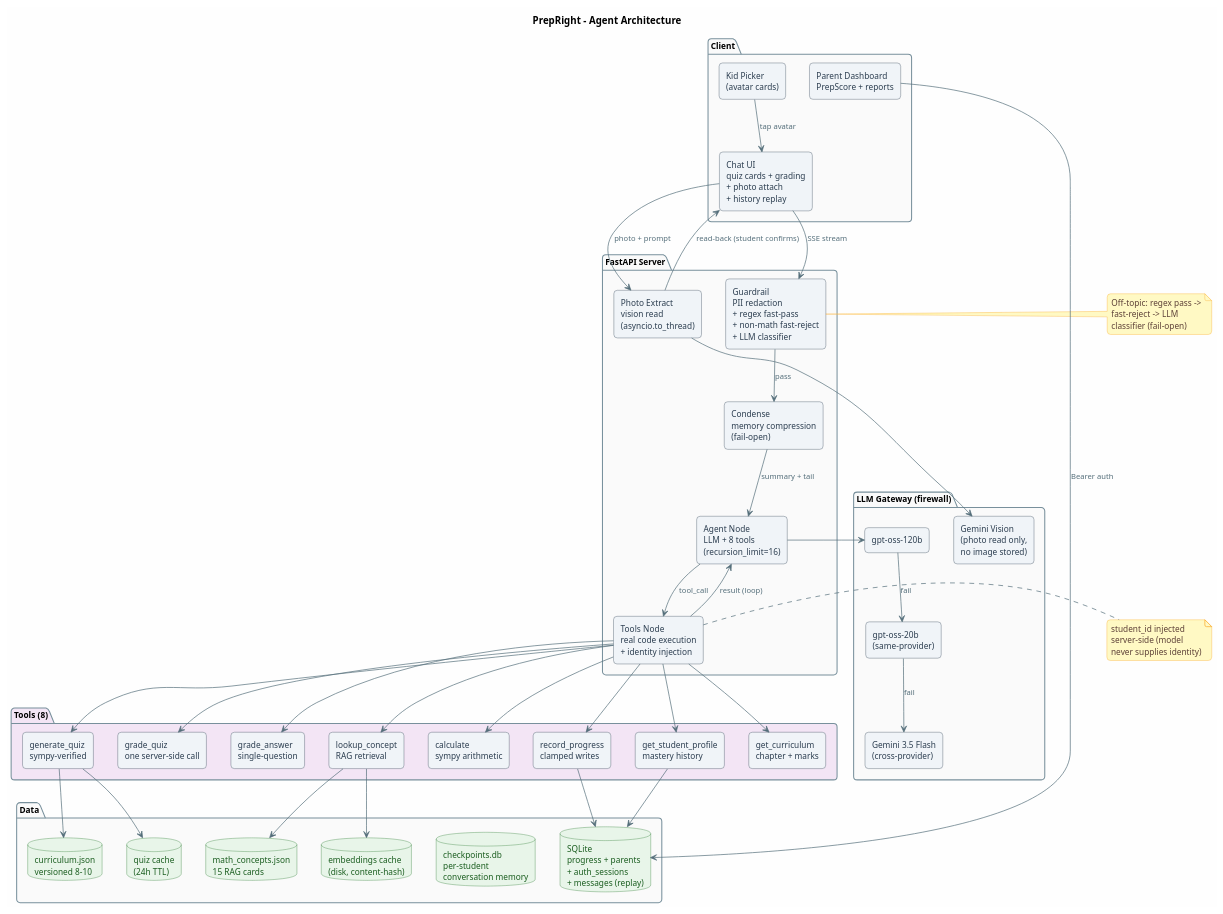
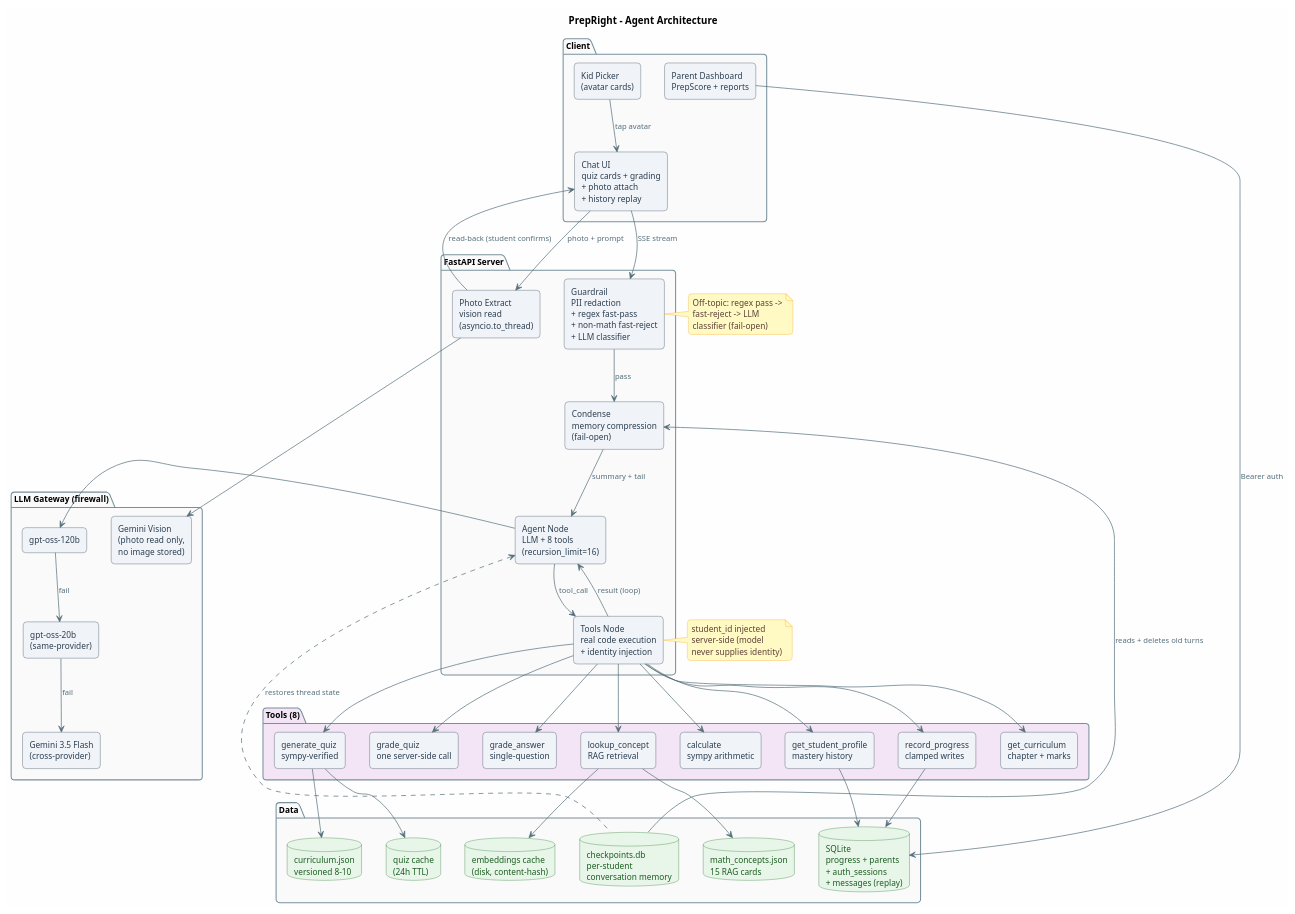
One commit to vedant-9/prepright changed the diagram in diagrams/architecture.puml. Above: the diagram before and after it, drawn with PlantUML. The commit also changed 1 other file, not shown here.

Commit message:
diagrams: checkpoints.db now shows its connections
The checkpointer database had no arrows - it looked like an orphan.
Now shows: condense reads + deletes old turns from it, and the
agent node restores thread state from it on every request.

```diff
--- a/diagrams/architecture.puml
+++ b/diagrams/architecture.puml
@@ -1,112 +1,114 @@
 @startuml
 skinparam backgroundColor #FEFEFE
 skinparam shadowing false
 skinparam defaultFontSize 12
 skinparam roundCorner 10
 skinparam rectangle {
   BackgroundColor #F0F4F8
   BorderColor #2C3E50
   FontColor #2C3E50
 }
 skinparam database {
   BackgroundColor #E8F5E9
   BorderColor #2E7D32
   FontColor #1B5E20
 }
 skinparam package {
   BackgroundColor #FAFAFA
   BorderColor #78909C
   FontStyle bold
 }
 skinparam arrow {
   Color #546E7A
   FontSize 11
   FontColor #546E7A
 }
 skinparam note {
   BackgroundColor #FFF9C4
   BorderColor #F9A825
   FontColor #5D4037
 }
 
 title PrepRight - Agent Architecture
 
 package "Client" {
   rectangle "Kid Picker\n(avatar cards)" as PICKER
   rectangle "Chat UI\nquiz cards + grading\n+ photo attach\n+ history replay" as UI
   rectangle "Parent Dashboard\nPrepScore + reports" as PARENT
 }
 
 package "FastAPI Server" {
   rectangle "Guardrail\nPII redaction\n+ regex fast-pass\n+ non-math fast-reject\n+ LLM classifier" as GUARD
   rectangle "Condense\nmemory compression\n(fail-open)" as CONDENSE
   rectangle "Agent Node\nLLM + 8 tools\n(recursion_limit=16)" as AGENT
   rectangle "Tools Node\nreal code execution\n+ identity injection" as TOOLS
   rectangle "Photo Extract\nvision read\n(asyncio.to_thread)" as PHOTO
 }
 
 package "LLM Gateway (firewall)" {
   rectangle "gpt-oss-120b" as M1
   rectangle "gpt-oss-20b\n(same-provider)" as M2
   rectangle "Gemini 3.5 Flash\n(cross-provider)" as M3
   rectangle "Gemini Vision\n(photo read only,\nno image stored)" as VISION
 }
 
 package "Tools (8)" #F3E5F5 {
   rectangle "generate_quiz\nsympy-verified" as T1
   rectangle "grade_quiz\none server-side call" as T2
   rectangle "grade_answer\nsingle-question" as T3
   rectangle "lookup_concept\nRAG retrieval" as T4
   rectangle "calculate\nsympy arithmetic" as T5
   rectangle "record_progress\nclamped writes" as T6
   rectangle "get_student_profile\nmastery history" as T7
   rectangle "get_curriculum\nchapter + marks" as T8
 }
 
 package "Data" {
   database "SQLite\nprogress + parents\n+ auth_sessions\n+ messages (replay)" as DB
   database "checkpoints.db\nper-student\nconversation memory" as CKPT
   database "curriculum.json\nversioned 8-10" as CURR
   database "math_concepts.json\n15 RAG cards" as CONCEPTS
   database "quiz cache\n(24h TTL)" as QCACHE
   database "embeddings cache\n(disk, content-hash)" as EMB
 }
 
 PICKER -down-> UI : tap avatar
 UI -down-> GUARD : SSE stream
 UI -down-> PHOTO : photo + prompt
 GUARD -down-> CONDENSE : pass
 CONDENSE -down-> AGENT : summary + tail
 AGENT -down-> TOOLS : tool_call
 TOOLS -up-> AGENT : result (loop)
 PHOTO -right-> VISION
 PHOTO -up-> UI : read-back (student confirms)
 AGENT -right-> M1
 M1 -down-> M2 : fail
 M2 -down-> M3 : fail
 TOOLS --> T1
 TOOLS --> T2
 TOOLS --> T3
 TOOLS --> T4
 TOOLS --> T5
 TOOLS --> T6
 TOOLS --> T7
 TOOLS --> T8
 T1 --> QCACHE
 T1 --> CURR
 T4 --> CONCEPTS
 T4 --> EMB
 T6 --> DB
 T7 --> DB
 PARENT --> DB : Bearer auth
+CKPT -up-> CONDENSE : reads + deletes old turns
+CKPT .up.> AGENT : restores thread state
 note right of TOOLS
   student_id injected
   server-side (model
   never supplies identity)
 end note
 note right of GUARD
   Off-topic: regex pass ->
   fast-reject -> LLM
   classifier (fail-open)
 end note
 @enduml
```
